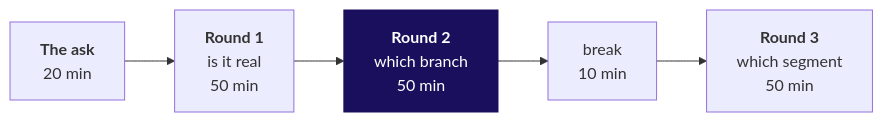
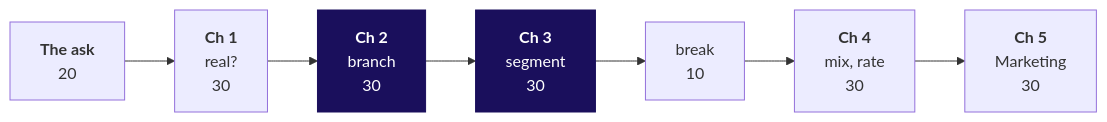
One commit to fde-academy-lab/c2-content-factory changed the first of 2 diagrams in content/W01/D2/trainer/C2_W01_D02_day_sheet_TRAINER.md. Above: the diagram before and after it, drawn with Mermaid. The commit also changed other lines of this file and 9 other files, not shown here.

````diff
--- a/content/W01/D2/trainer/C2_W01_D02_day_sheet_TRAINER.md
+++ b/content/W01/D2/trainer/C2_W01_D02_day_sheet_TRAINER.md
@@ -22,6 +26,6 @@
 ```mermaid
 flowchart LR
-    A["<b>The ask</b><br/>20 min"] --> R1["<b>Round 1</b><br/>is it real<br/>50 min"] --> R2["<b>Round 2</b><br/>which branch<br/>50 min"] --> B["break<br/>10 min"] --> R3["<b>Round 3</b><br/>which segment<br/>50 min"]
+    A["<b>The ask</b><br/>20"] --> C1["<b>Ch 1</b><br/>real?<br/>30"] --> C2["<b>Ch 2</b><br/>branch<br/>30"] --> C3["<b>Ch 3</b><br/>segment<br/>30"] --> B["break<br/>10"] --> C4["<b>Ch 4</b><br/>mix, rate<br/>30"] --> C5["<b>Ch 5</b><br/>Marketing<br/>30"]
     classDef core fill:#1A0F5C,stroke:#1A0F5C,color:#FFFFFF
-    class R2 core
+    class C2,C3 core
 ```
````
